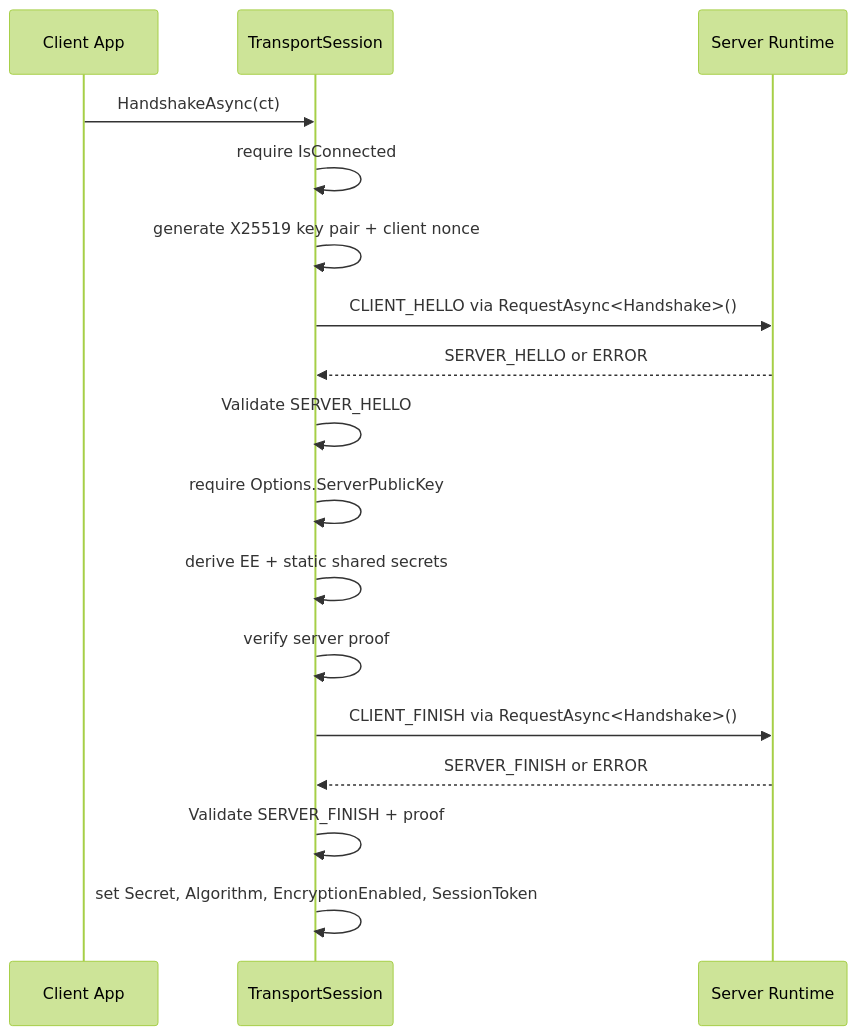
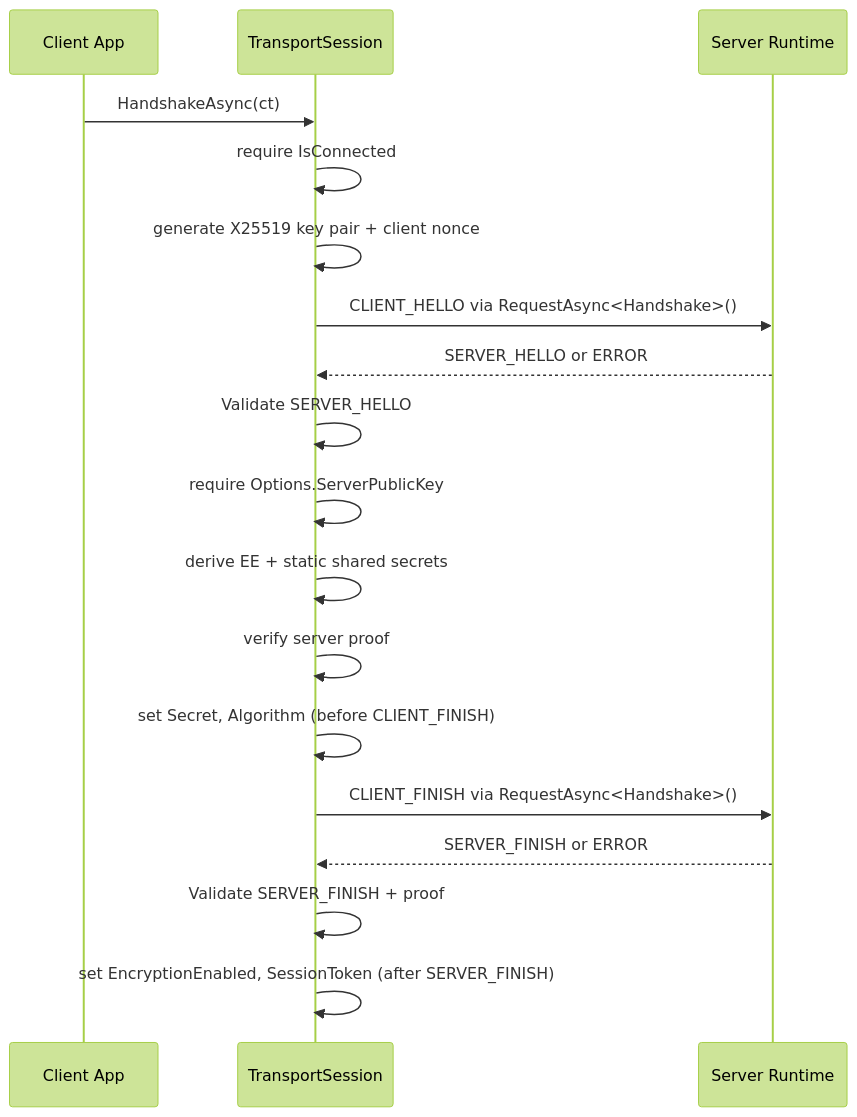
The diagram in docs/api/sdk/handshake-extensions.md (ppn-systems/Nalix), drawn with Mermaid (forest theme) before and after one commit. The commit also changed 105 other files, not shown here.

````diff
--- a/docs/api/sdk/handshake-extensions.md
+++ b/docs/api/sdk/handshake-extensions.md
@@ -12,20 +12,21 @@
 ```mermaid
 sequenceDiagram
     participant App as Client App
     participant S as TransportSession
     participant Server as Server Runtime
 
     App->>S: HandshakeAsync(ct)
     S->>S: require IsConnected
     S->>S: generate X25519 key pair + client nonce
     S->>Server: CLIENT_HELLO via RequestAsync<Handshake>()
     Server-->>S: SERVER_HELLO or ERROR
     S->>S: Validate SERVER_HELLO
     S->>S: require Options.ServerPublicKey
     S->>S: derive EE + static shared secrets
     S->>S: verify server proof
+    S->>S: set Secret, Algorithm (before CLIENT_FINISH)
     S->>Server: CLIENT_FINISH via RequestAsync<Handshake>()
     Server-->>S: SERVER_FINISH or ERROR
     S->>S: Validate SERVER_FINISH + proof
-    S->>S: set Secret, Algorithm, EncryptionEnabled, SessionToken
+    S->>S: set EncryptionEnabled, SessionToken (after SERVER_FINISH)
 ```
````
